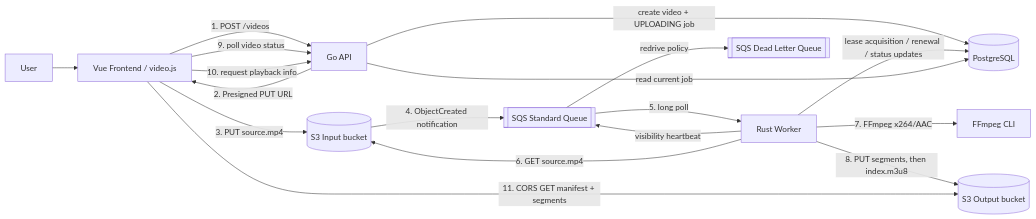
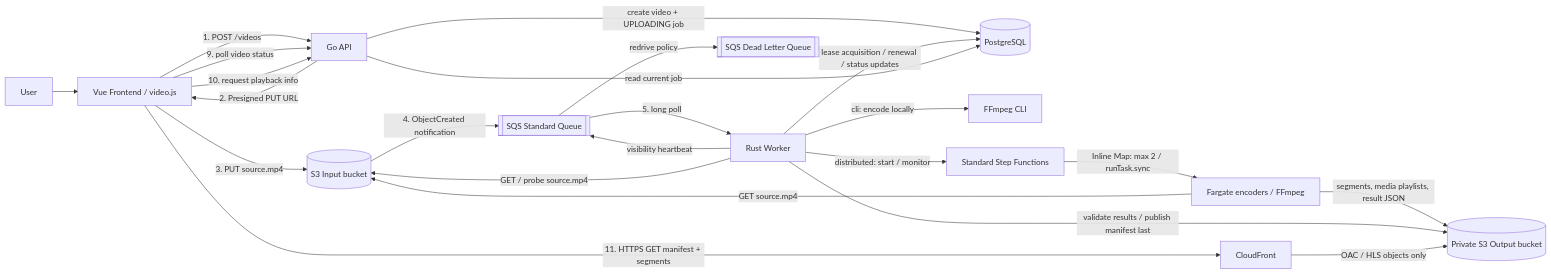
The first of 2 diagrams in app/README.md (akihirotakeda1111/streaming-video-app), drawn with Mermaid before and after one commit. The commit also changed other lines of this file and 2 other files, not shown here.

````diff
--- a/app/README.md
+++ b/app/README.md
@@ -25,23 +25,28 @@
 ```mermaid
 flowchart LR
     User[User] --> Browser[Vue Frontend / video.js]
 
     Browser -->|1. POST /videos| API[Go API]
     API -->|create video + UPLOADING job| DB[(PostgreSQL)]
     API -->|2. Presigned PUT URL| Browser
     Browser -->|3. PUT source.mp4| Input[(S3 Input bucket)]
 
     Input -->|4. ObjectCreated notification| Queue[[SQS Standard Queue]]
     Queue -->|5. long poll| Worker[Rust Worker]
     Queue -->|redrive policy| DLQ[[SQS Dead Letter Queue]]
     Worker -->|lease acquisition / renewal / status updates| DB
     Worker -->|visibility heartbeat| Queue
-    Worker -->|6. GET source.mp4| Input
-    Worker -->|7. FFmpeg x264/AAC| FFmpeg[FFmpeg CLI]
-    Worker -->|8. PUT segments, then index.m3u8| Output[(S3 Output bucket)]
+    Worker -->|GET / probe source.mp4| Input
+    Worker -->|cli: encode locally| FFmpeg[FFmpeg CLI]
+    Worker -->|distributed: start / monitor| SFN[Standard Step Functions]
+    SFN -->|Inline Map: max 2 / runTask.sync| Encoder[Fargate encoders / FFmpeg]
+    Encoder -->|GET source.mp4| Input
+    Encoder -->|segments, media playlists, result JSON| Output[(Private S3 Output bucket)]
+    Worker -->|validate results / publish manifest last| Output
 
     Browser -->|9. poll video status| API
     API -->|read current job| DB
     Browser -->|10. request playback info| API
-    Browser -->|11. CORS GET manifest + segments| Output
+    Browser -->|11. HTTPS GET manifest + segments| CDN[CloudFront]
+    CDN -->|OAC / HLS objects only| Output
 ```
````
